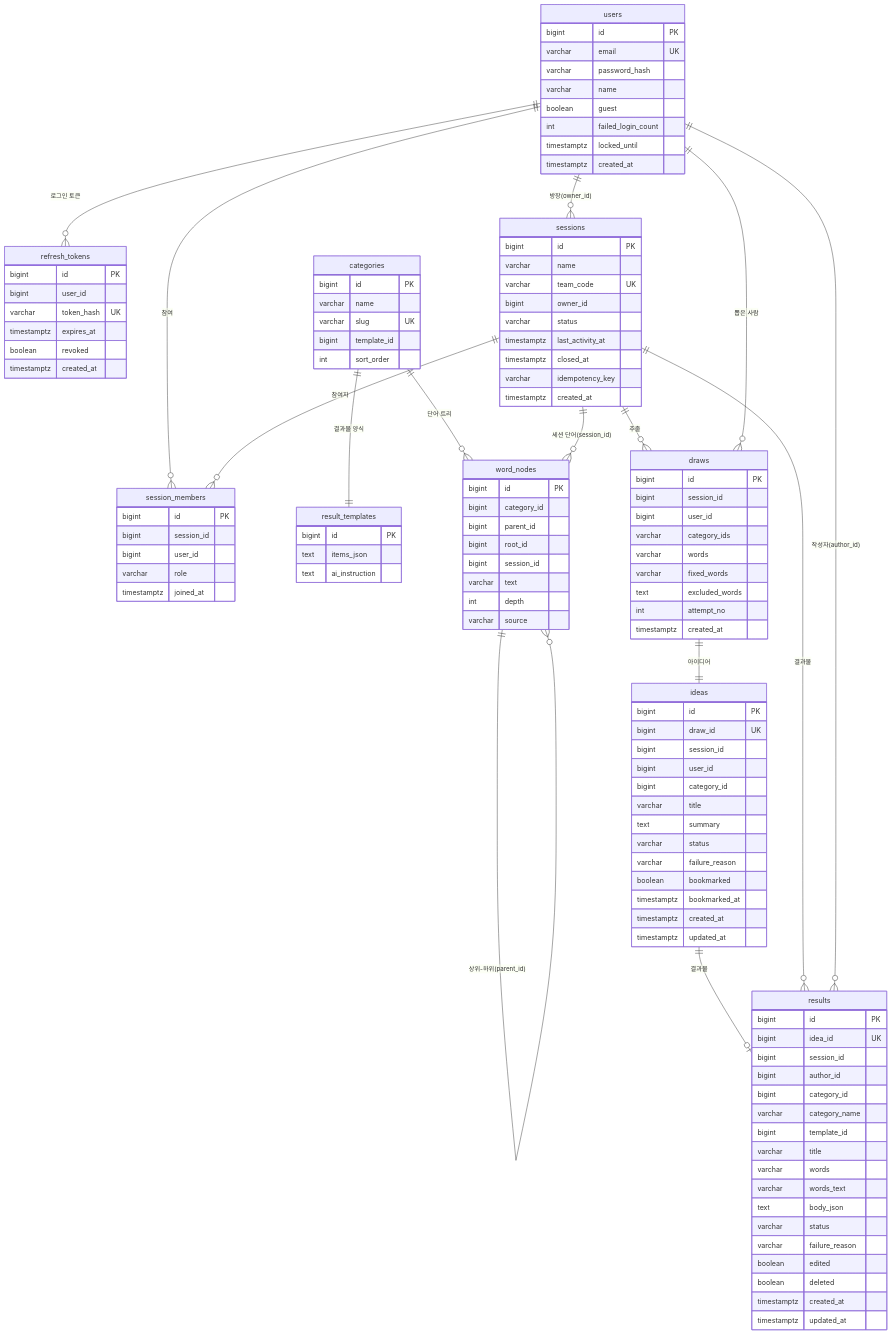
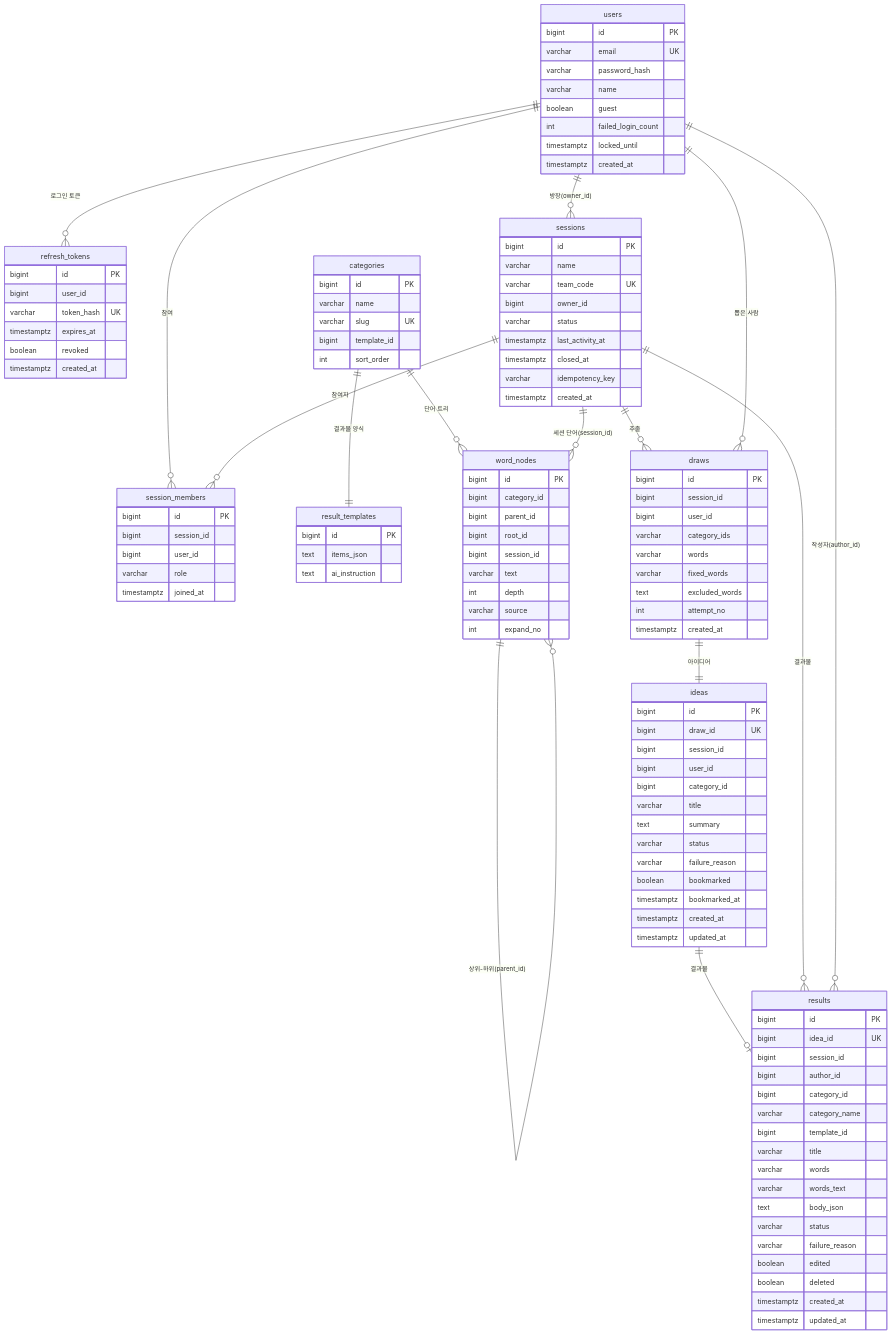
Before and after one commit to App-Legend/treeplan: the diagram in docs/DB.md, drawn with Mermaid. The commit also changed other lines of this file and 12 other files, not shown here.

```diff
--- a/docs/DB.md
+++ b/docs/DB.md
@@ -79,6 +79,7 @@
         varchar text
         int depth
         varchar source
+        int expand_no
     }
     draws {
         bigint id PK
```
